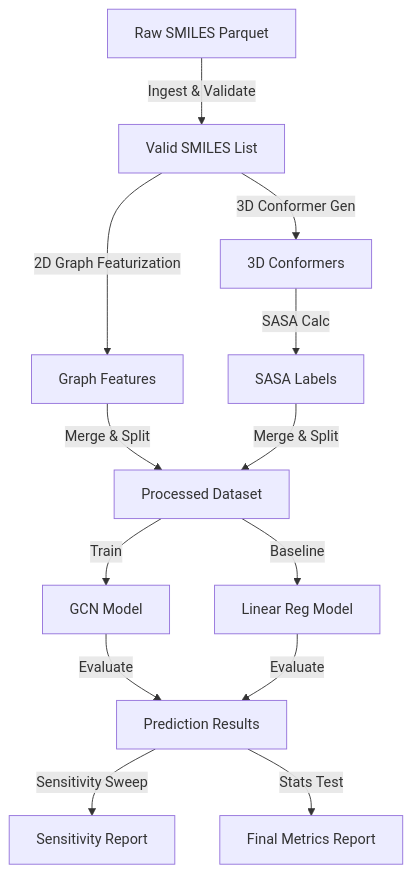
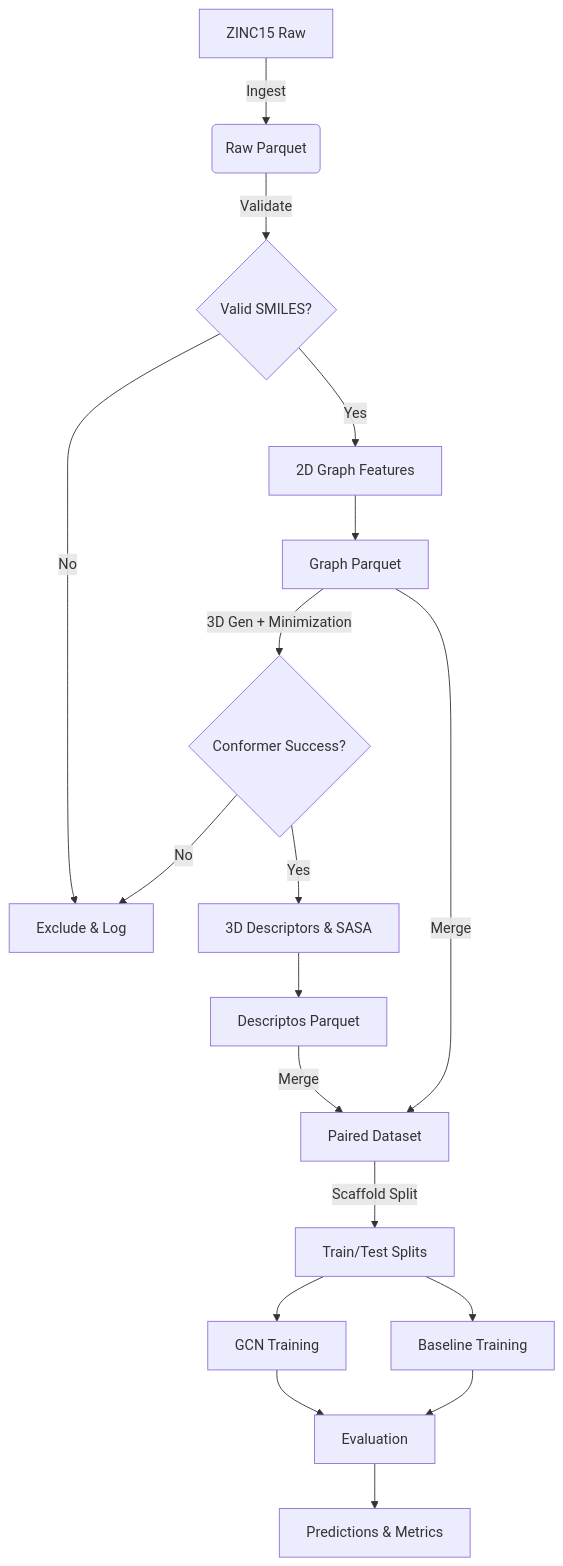
One commit to ContextLab/llmXive changed the diagram in projects/PROJ-412-predicting-molecular-surface-area-from-g/specs/001-predicting-molecular-surface-area-from-g/data-model.md. Above: the diagram before and after it, drawn with Mermaid. The commit also changed other lines of this file and 33 other files, not shown here.

````diff
--- a/projects/PROJ-412-predicting-molecular-surface-area-from-g/specs/001-predicting-molecular-surface-area-from-g/data-model.md
+++ b/projects/PROJ-412-predicting-molecular-surface-area-from-g/specs/001-predicting-molecular-surface-area-from-g/data-model.md
@@ -43,13 +74,18 @@
 ```mermaid
 graph TD
-    A[Raw SMILES Parquet] -->|Ingest & Validate| B[Valid SMILES List]
-    B -->|2D Graph Featurization| C[Graph Features]
-    B -->|3D Conformer Gen| D[3D Conformers]
-    D -->|SASA Calc| E[SASA Labels]
-    C & E -->|Merge & Split| F[Processed Dataset]
-    F -->|Train| G[GCN Model]
-    F -->|Baseline| H[Linear Reg Model]
-    G & H -->|Evaluate| I[Prediction Results]
-    I -->|Sensitivity Sweep| J[Sensitivity Report]
-    I -->|Stats Test| K[Final Metrics Report]
+    A[ZINC15 Raw] -->|Ingest| B(Raw Parquet)
+    B -->|Validate| C{Valid SMILES?}
+    C -->|No| D[Exclude & Log]
+    C -->|Yes| E[2D Graph Features]
+    E --> F[Graph Parquet]
+    F -->|3D Gen + Minimization| G{Conformer Success?}
+    G -->|No| D
+    G -->|Yes| H[3D Descriptors & SASA]
+    H --> I[Descriptos Parquet]
+    F & I -->|Merge| J[Paired Dataset]
+    J -->|Scaffold Split| K[Train/Test Splits]
+    K --> L[GCN Training]
+    K --> M[Baseline Training]
+    L & M --> N[Evaluation]
+    N --> O[Predictions & Metrics]
 ```
````
